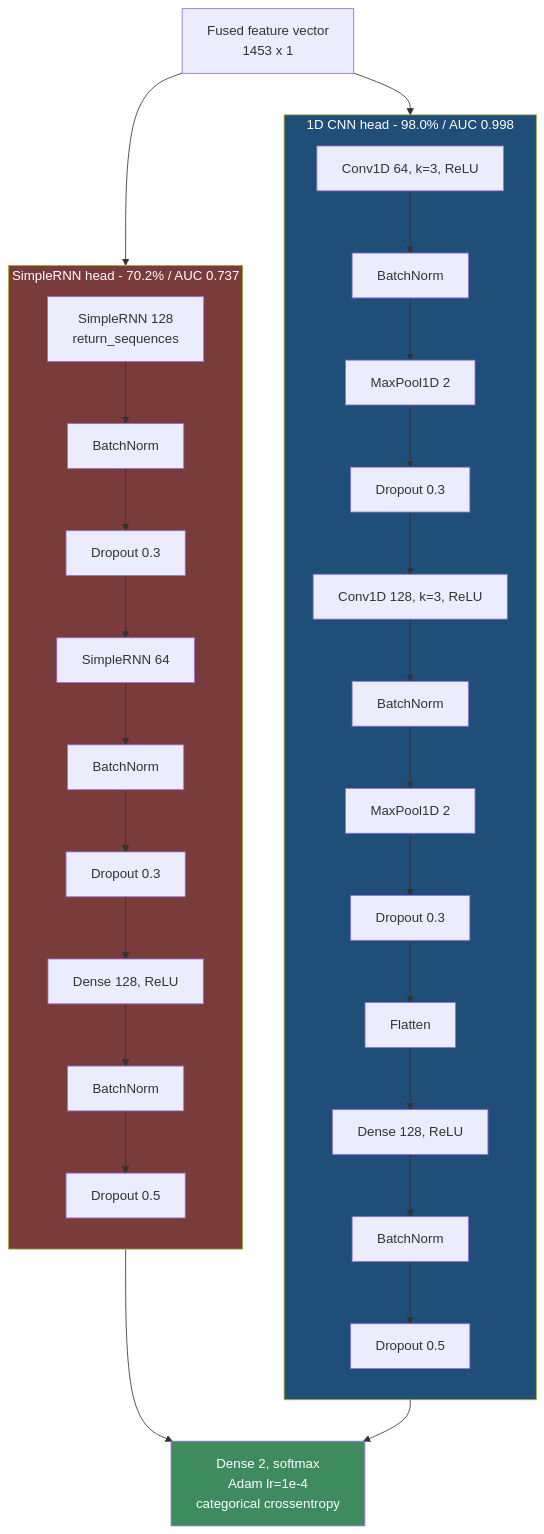
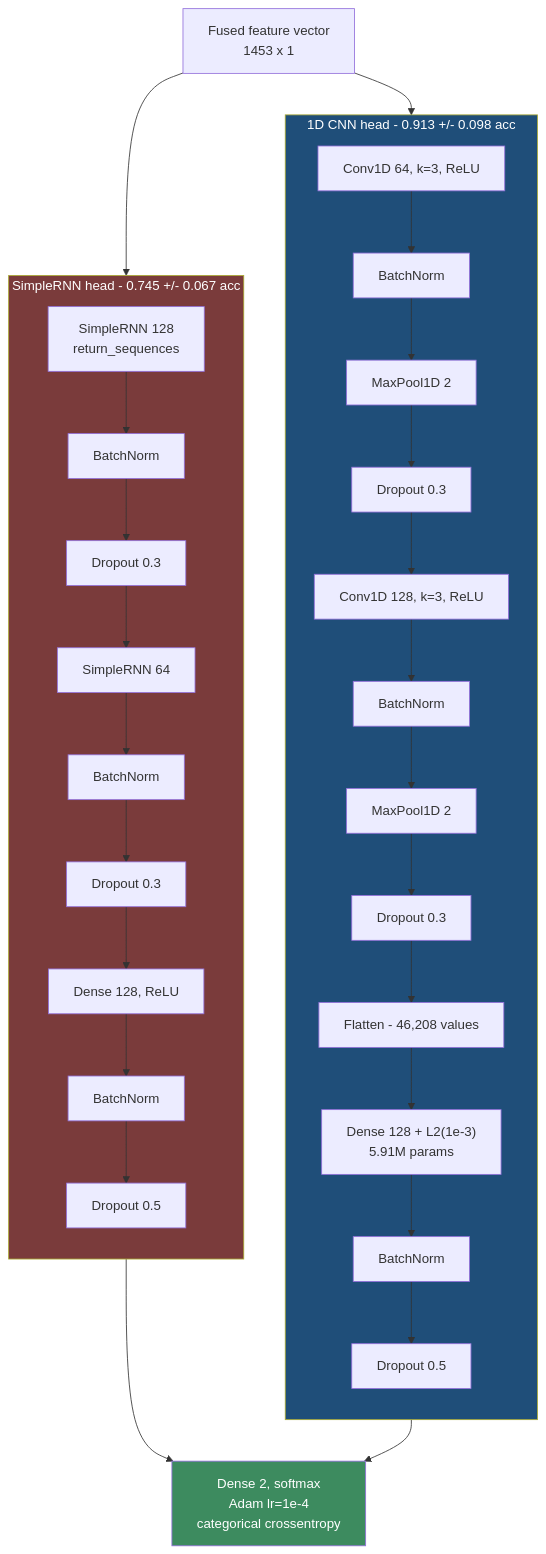
Before and after one commit to KesharaGunathilaka/True-or-Lie-Detector-AI: the third of 4 diagrams in README.md, drawn with Mermaid. The commit also changed other lines of this file and 1 other file, not shown here.

Commit message:
Update README and diagram with measured results

````diff
--- a/README.md
+++ b/README.md
@@ -117,28 +136,28 @@
 ```mermaid
 flowchart TB
     IN["Fused feature vector<br/>1453 x 1"]
 
     IN --> CNN
     IN --> RNN
 
-    subgraph CNN["1D CNN head - 98.0% / AUC 0.998"]
+    subgraph CNN["1D CNN head - 0.913 +/- 0.098 acc"]
         direction TB
         C1["Conv1D 64, k=3, ReLU"] --> C2["BatchNorm"] --> C3["MaxPool1D 2"] --> C4["Dropout 0.3"]
         C4 --> C5["Conv1D 128, k=3, ReLU"] --> C6["BatchNorm"] --> C7["MaxPool1D 2"] --> C8["Dropout 0.3"]
-        C8 --> C9["Flatten"] --> C10["Dense 128, ReLU"] --> C11["BatchNorm"] --> C12["Dropout 0.5"]
+        C8 --> C9["Flatten - 46,208 values"] --> C10["Dense 128 + L2(1e-3)<br/>5.91M params"] --> C11["BatchNorm"] --> C12["Dropout 0.5"]
     end
 
-    subgraph RNN["SimpleRNN head - 70.2% / AUC 0.737"]
+    subgraph RNN["SimpleRNN head - 0.745 +/- 0.067 acc"]
         direction TB
         R1["SimpleRNN 128<br/>return_sequences"] --> R2["BatchNorm"] --> R3["Dropout 0.3"]
         R3 --> R4["SimpleRNN 64"] --> R5["BatchNorm"] --> R6["Dropout 0.3"]
         R6 --> R7["Dense 128, ReLU"] --> R8["BatchNorm"] --> R9["Dropout 0.5"]
     end
 
     C12 --> OUT["Dense 2, softmax<br/>Adam lr=1e-4<br/>categorical crossentropy"]
     R9 --> OUT
 
     style CNN fill:#1f4e79,color:#fff
     style RNN fill:#7a3b3b,color:#fff
     style OUT fill:#3d8b5f,color:#fff
 ```
````
